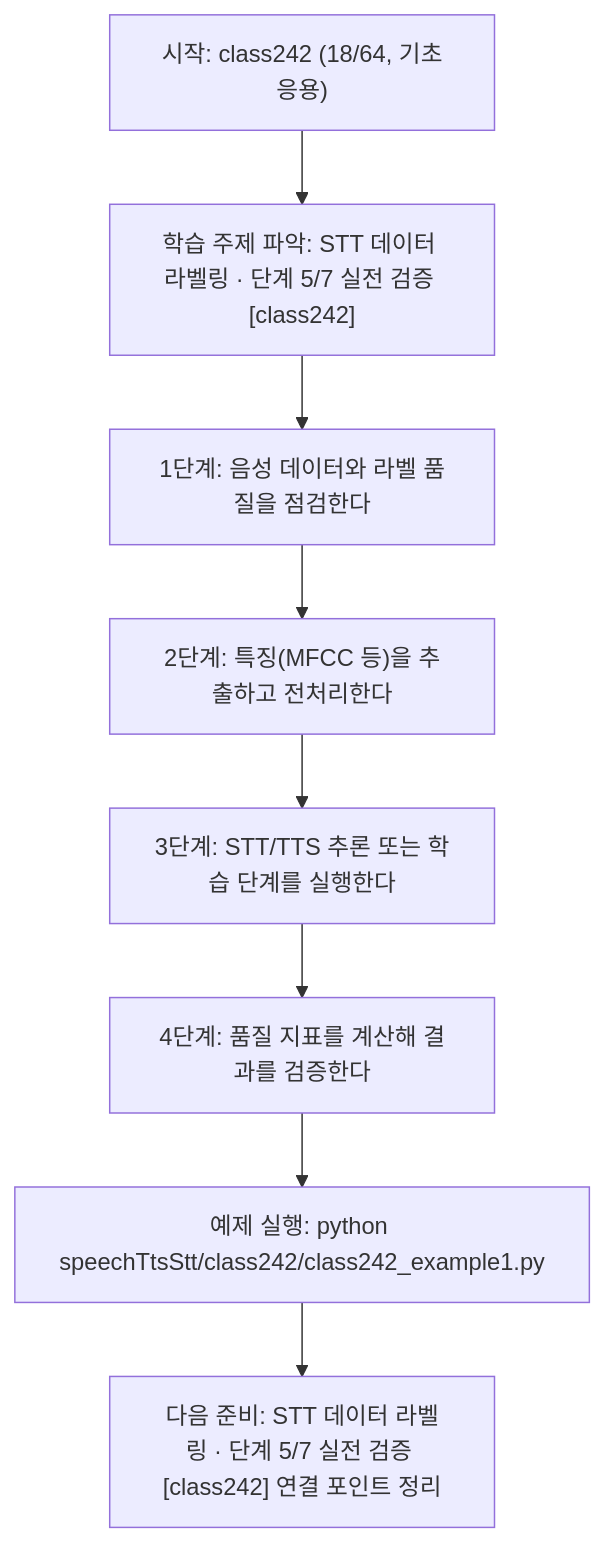
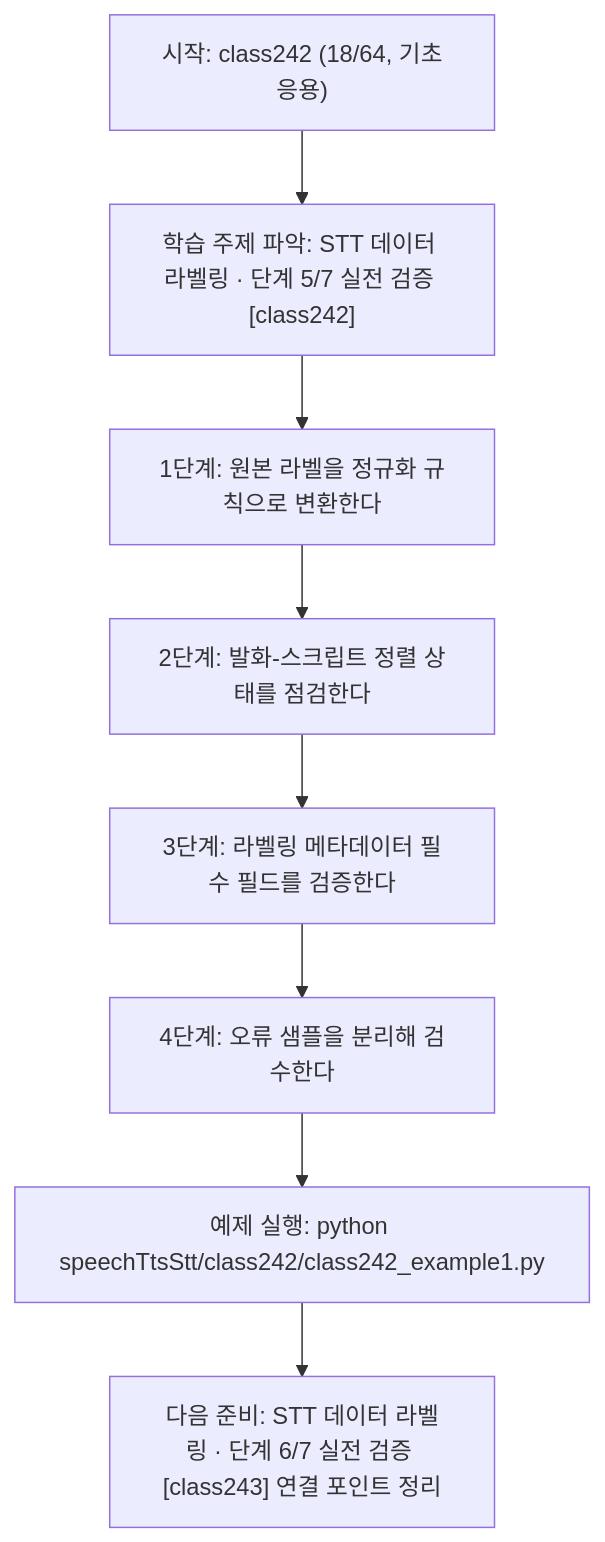
Before and after one commit to edumgt/Python-AI_Agent-Class: the diagram in speechTtsStt/class242/class242.md, drawn with Mermaid. The commit also changed other lines of this file and 1122 other files, not shown here.

````diff
--- a/speechTtsStt/class242/class242.md
+++ b/speechTtsStt/class242/class242.md
@@ -114,18 +95,18 @@
 ```mermaid
 flowchart TD
 N1["시작: class242 (18/64, 기초응용)"]
 N2["학습 주제 파악: STT 데이터 라벨링 · 단계 5/7 실전 검증 [class242]"]
-N3["1단계: 음성 데이터와 라벨 품질을 점검한다"]
-N4["2단계: 특징(MFCC 등)을 추출하고 전처리한다"]
-N5["3단계: STT/TTS 추론 또는 학습 단계를 실행한다"]
-N6["4단계: 품질 지표를 계산해 결과를 검증한다"]
+N3["1단계: 원본 라벨을 정규화 규칙으로 변환한다"]
+N4["2단계: 발화-스크립트 정렬 상태를 점검한다"]
+N5["3단계: 라벨링 메타데이터 필수 필드를 검증한다"]
+N6["4단계: 오류 샘플을 분리해 검수한다"]
 N7["예제 실행: python speechTtsStt/class242/class242_example1.py"]
-N8["다음 준비: STT 데이터 라벨링 · 단계 5/7 실전 검증 [class242] 연결 포인트 정리"]
+N8["다음 준비: STT 데이터 라벨링 · 단계 6/7 실전 검증 [class243] 연결 포인트 정리"]
 N1 --> N2
 N2 --> N3
 N3 --> N4
 N4 --> N5
 N5 --> N6
 N6 --> N7
 N7 --> N8
 ```
````
